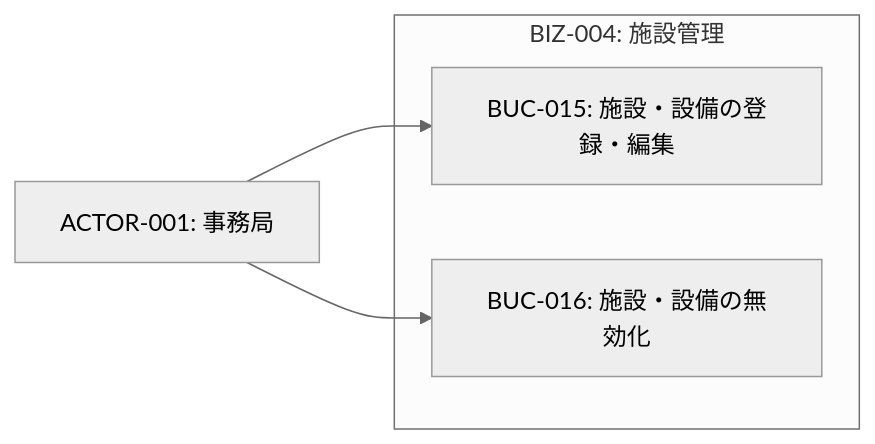
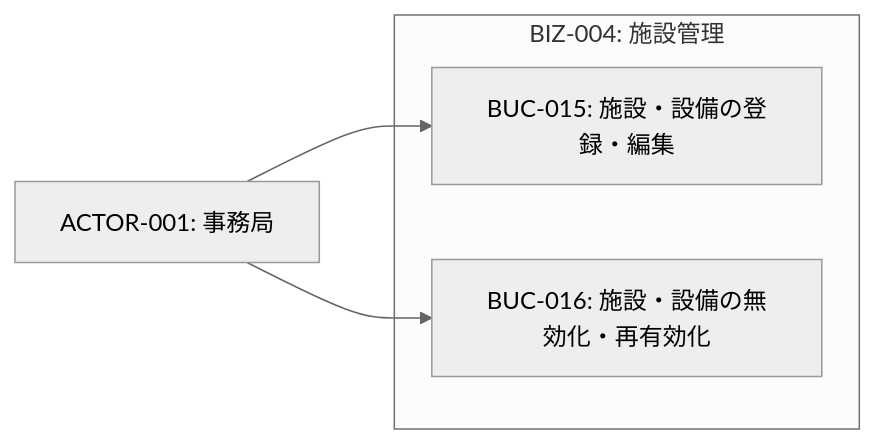
One commit to gdsc-osaka/iclub-reserve changed the first of 2 diagrams in rdra/contexts/facility-management.md. Above: the diagram before and after it, drawn with Mermaid (neutral theme). The commit also changed other lines of this file and 12 other files, not shown here.

````diff
--- a/rdra/contexts/facility-management.md
+++ b/rdra/contexts/facility-management.md
@@ -93,12 +93,12 @@
 ```mermaid
 graph LR
     actor1["ACTOR-001: 事務局"]
 
     subgraph biz4["BIZ-004: 施設管理"]
         buc15["BUC-015: 施設・設備の登録・編集"]
-        buc16["BUC-016: 施設・設備の無効化"]
+        buc16["BUC-016: 施設・設備の無効化・再有効化"]
     end
 
     actor1 --> buc15
     actor1 --> buc16
 ```
````
